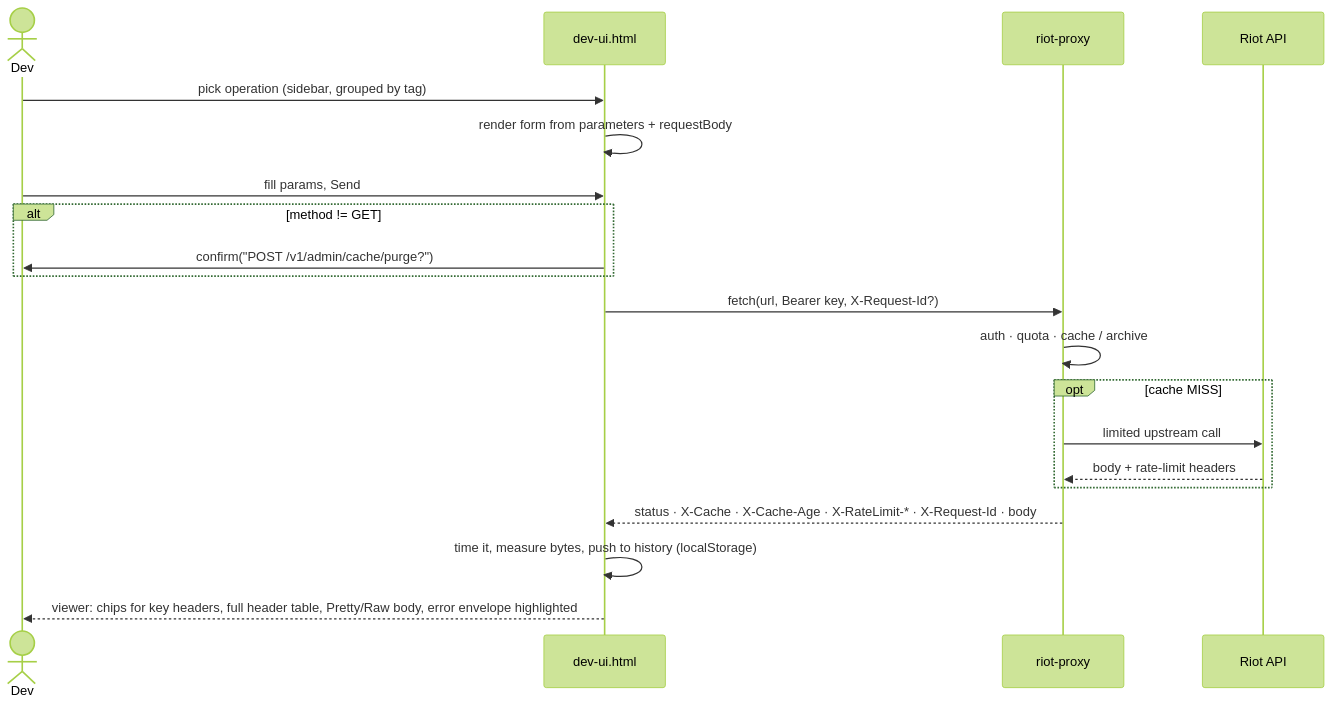
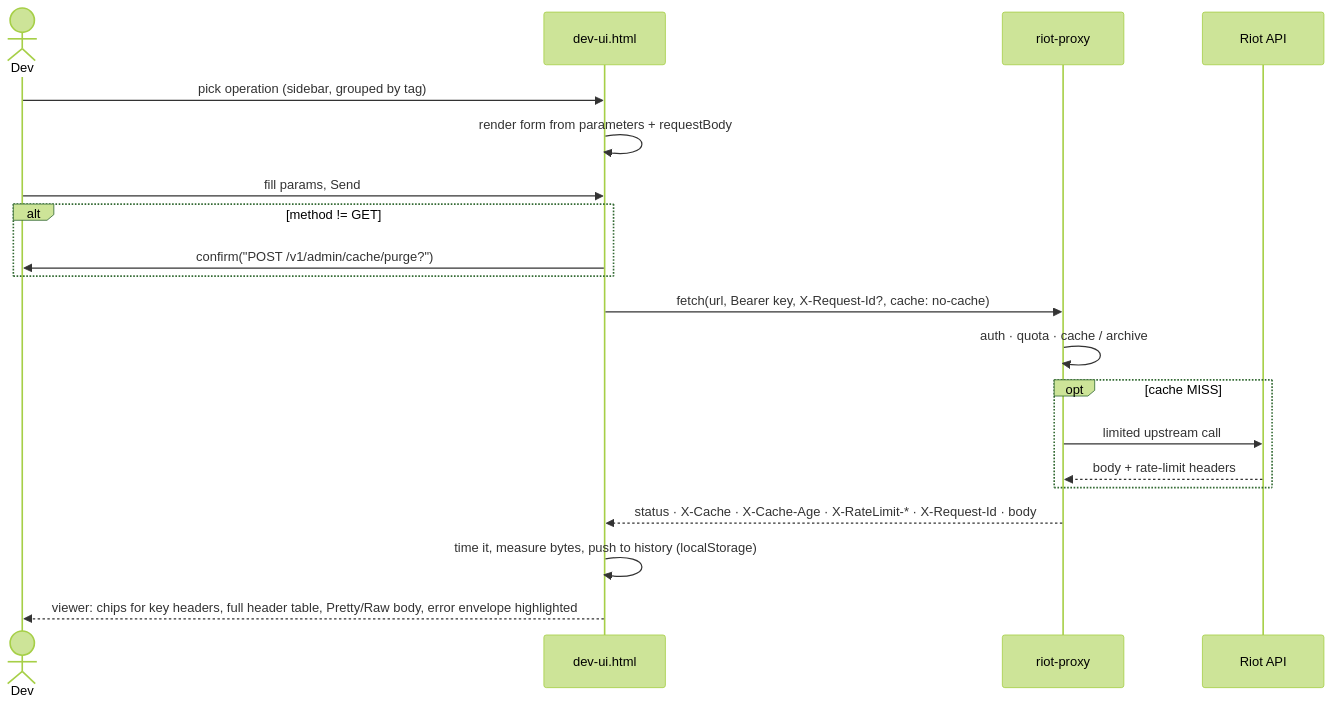
The third of 3 diagrams in docs/design/10-dev-explorer.md (NinjaGoldfinch/riot-proxy), drawn with Mermaid (forest theme) before and after one commit. The commit also changed other lines of this file and 7 other files, not shown here.

````diff
--- a/docs/design/10-dev-explorer.md
+++ b/docs/design/10-dev-explorer.md
@@ -65,22 +65,22 @@
 ```mermaid
 sequenceDiagram
   actor Dev
   participant UI as dev-ui.html
   participant P as riot-proxy
   participant R as Riot API
   Dev->>UI: pick operation (sidebar, grouped by tag)
   UI->>UI: render form from parameters + requestBody
   Dev->>UI: fill params, Send
   alt method != GET
     UI->>Dev: confirm("POST /v1/admin/cache/purge?")
   end
-  UI->>P: fetch(url, Bearer key, X-Request-Id?)
+  UI->>P: fetch(url, Bearer key, X-Request-Id?, cache: no-cache)
   P->>P: auth · quota · cache / archive
   opt cache MISS
     P->>R: limited upstream call
     R-->>P: body + rate-limit headers
   end
   P-->>UI: status · X-Cache · X-Cache-Age · X-RateLimit-* · X-Request-Id · body
   UI->>UI: time it, measure bytes, push to history (localStorage)
   UI-->>Dev: viewer: chips for key headers, full header table, Pretty/Raw body, error envelope highlighted
 ```
````
